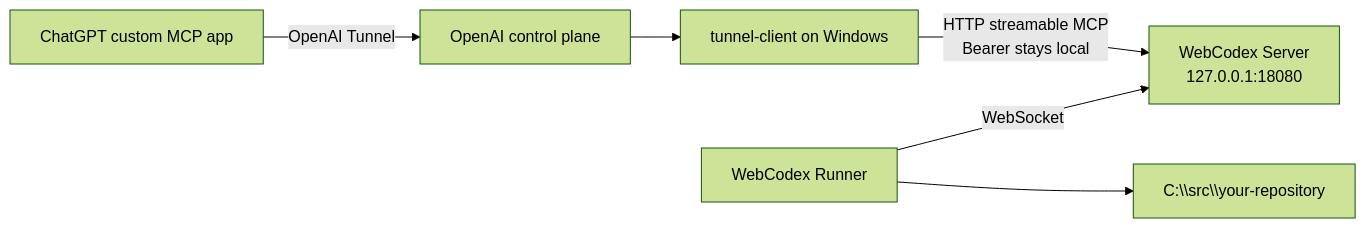
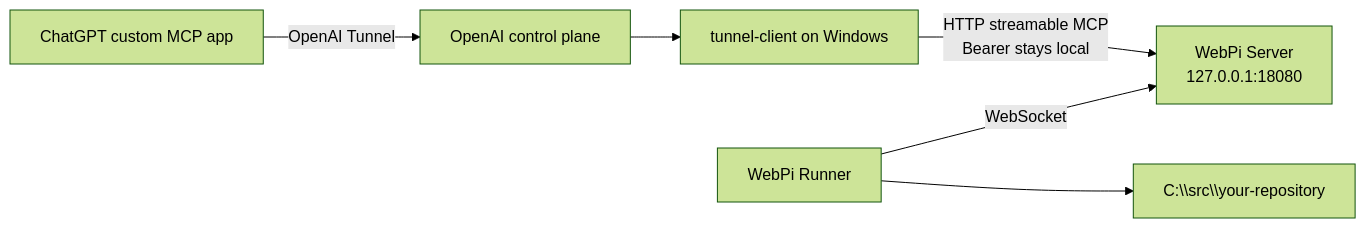
Before and after one commit to yyjeqhc/webcodex: the first of 2 diagrams in docs/WINDOWS_OPENAI_TUNNEL.md, drawn with Mermaid (forest theme). The commit also changed other lines of this file and 269 other files, not shown here.

````diff
--- a/docs/WINDOWS_OPENAI_TUNNEL.md
+++ b/docs/WINDOWS_OPENAI_TUNNEL.md
@@ -29,8 +29,8 @@
 ```mermaid
 flowchart LR
     C[ChatGPT custom MCP app] -->|OpenAI Tunnel| CP[OpenAI control plane]
     CP --> TC[tunnel-client on Windows]
-    TC -->|HTTP streamable MCP\nBearer stays local| S[WebCodex Server\n127.0.0.1:18080]
-    R[WebCodex Runner] -->|WebSocket| S
+    TC -->|HTTP streamable MCP\nBearer stays local| S[WebPi Server\n127.0.0.1:18080]
+    R[WebPi Runner] -->|WebSocket| S
     R --> P[C:\\src\\your-repository]
 ```
````
